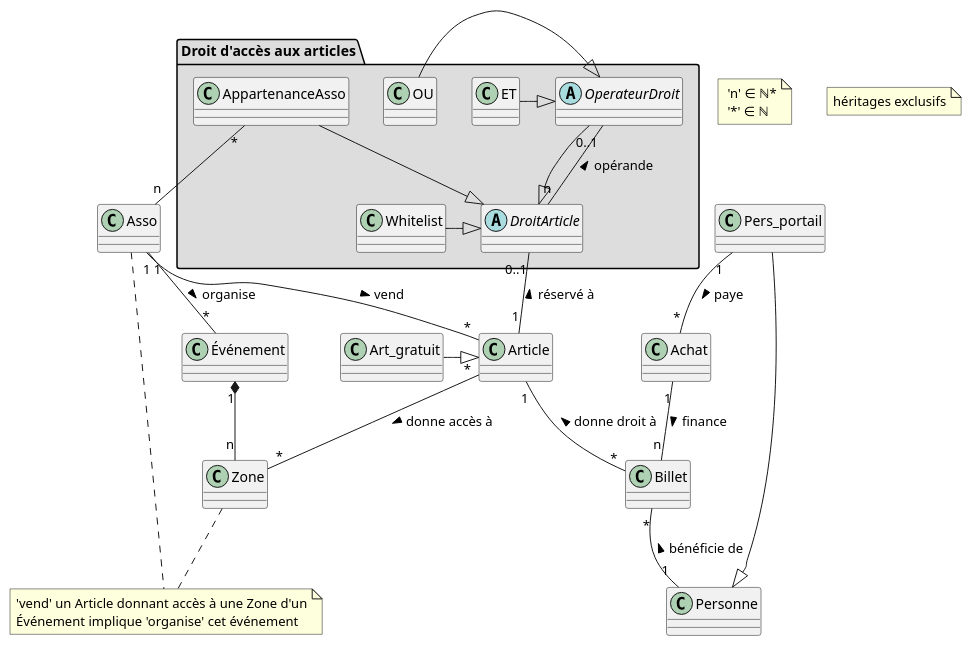
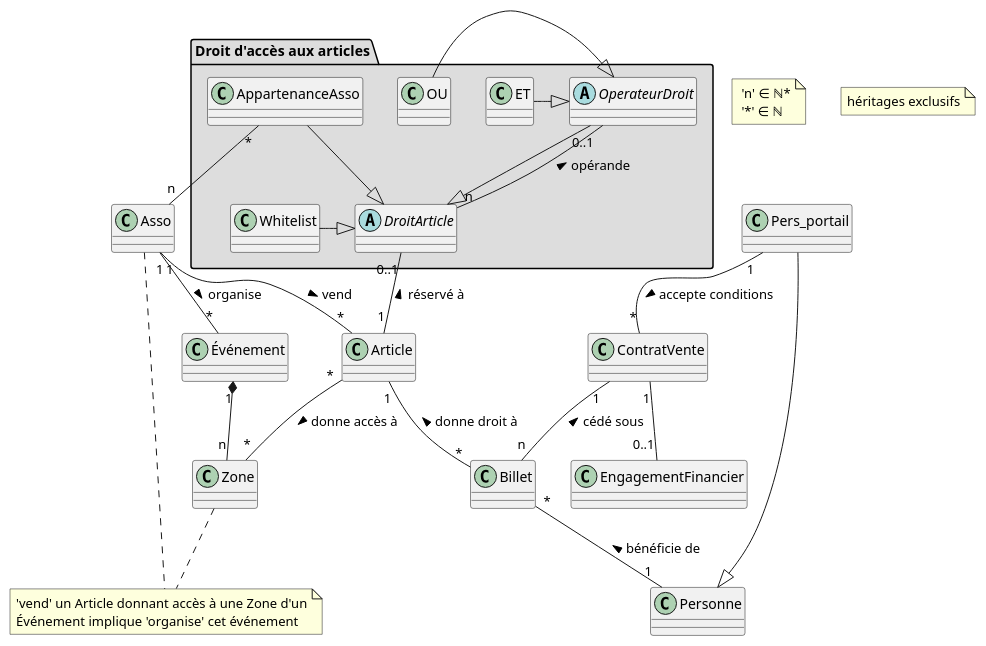
The diagram in doc-assets/sparkle.plantuml (SiMDE-Projects/sparkle), drawn with PlantUML before and after one commit.

Commit message:
gratuité modélisée par l'existence ou non d'un engagement financier

```diff
--- a/doc-assets/sparkle.plantuml
+++ b/doc-assets/sparkle.plantuml
@@ -1,44 +1,44 @@
 @startuml sparkle
 skinparam groupInheritance 2
 
 note " 'n' ∈ ℕ*\n '*' ∈ ℕ" as N1
 note "héritages exclusifs" as N3
 
 Article "1" -- "*" Billet : donne droit à <
 
 Asso "1" -- "*" Article : vend >
 Asso "1" -- "*" Événement : organise >
-Art_gratuit -|> Article
 
 note "'vend' un Article donnant accès à une Zone d'un\nÉvénement implique 'organise' cet événement" as N2
 Asso .. N2
 Zone .. N2
 
 Événement "1" *-- "n" Zone
 Article "*" - "*" Zone : donne accès à >
 
 Pers_portail -|> Personne
 
 Billet "*" -- "1" Personne : bénéficie de <
 
 
-Pers_portail "1" -- "*" Achat : paye >
-Achat "1" -- "n" Billet : finance >
+Pers_portail "1" -- "*" ContratVente : accepte conditions >
+ContratVente "1" -- "n" Billet : cédé sous <
+ContratVente "1" -- "0..1" EngagementFinancier
 
 
 package "Droit d'accès aux articles" #DDDDDD {
 
 abstract DroitArticle
 abstract OperateurDroit
 OperateurDroit --|> DroitArticle
 OperateurDroit "0..1" -- "n" DroitArticle : opérande <
 ET -|> OperateurDroit
 OU -|> OperateurDroit
 Whitelist -|> DroitArticle
 AppartenanceAsso --|> DroitArticle
 AppartenanceAsso "*" -- "n" Asso
 Article "1" -- "0..1" DroitArticle : réservé à >
 
 }
 
 @enduml
```
